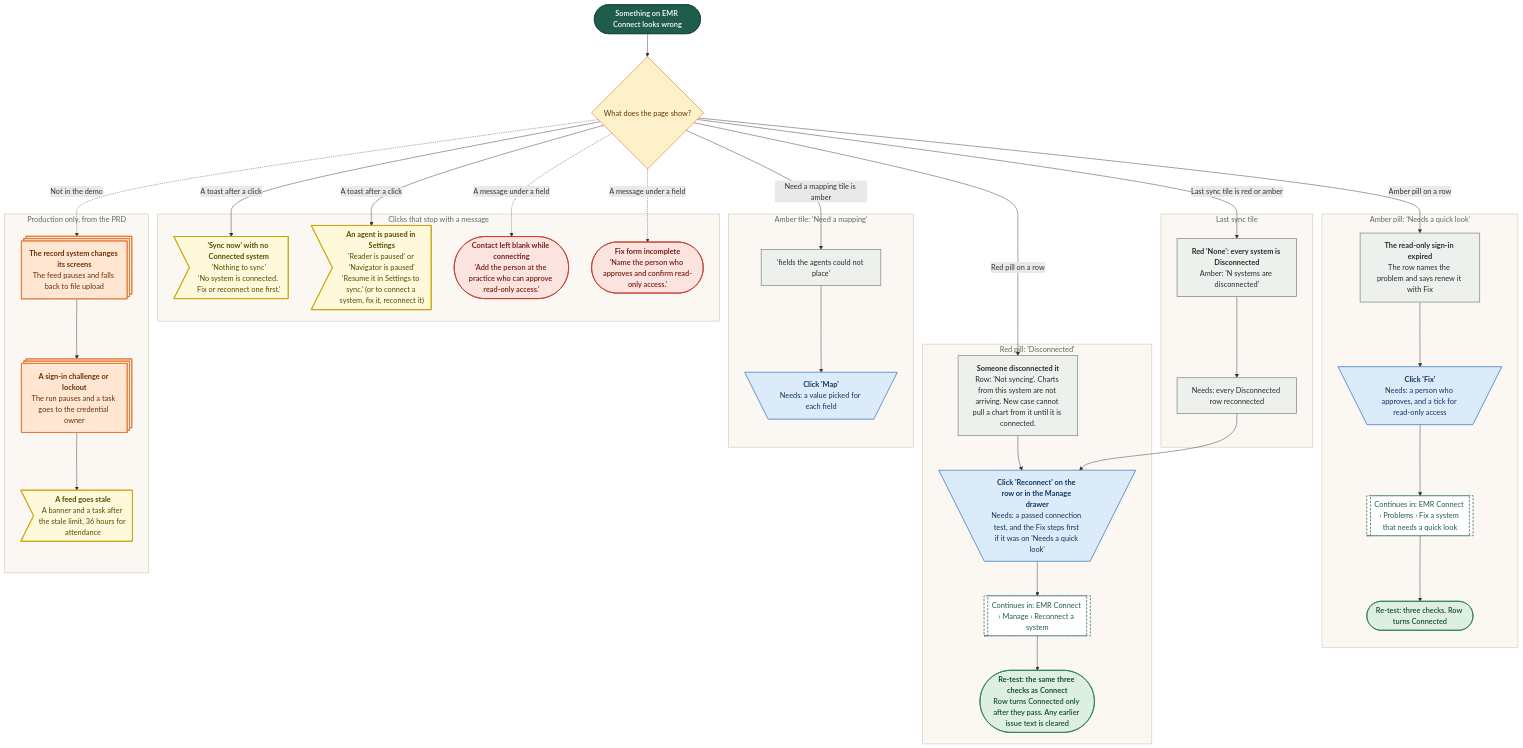
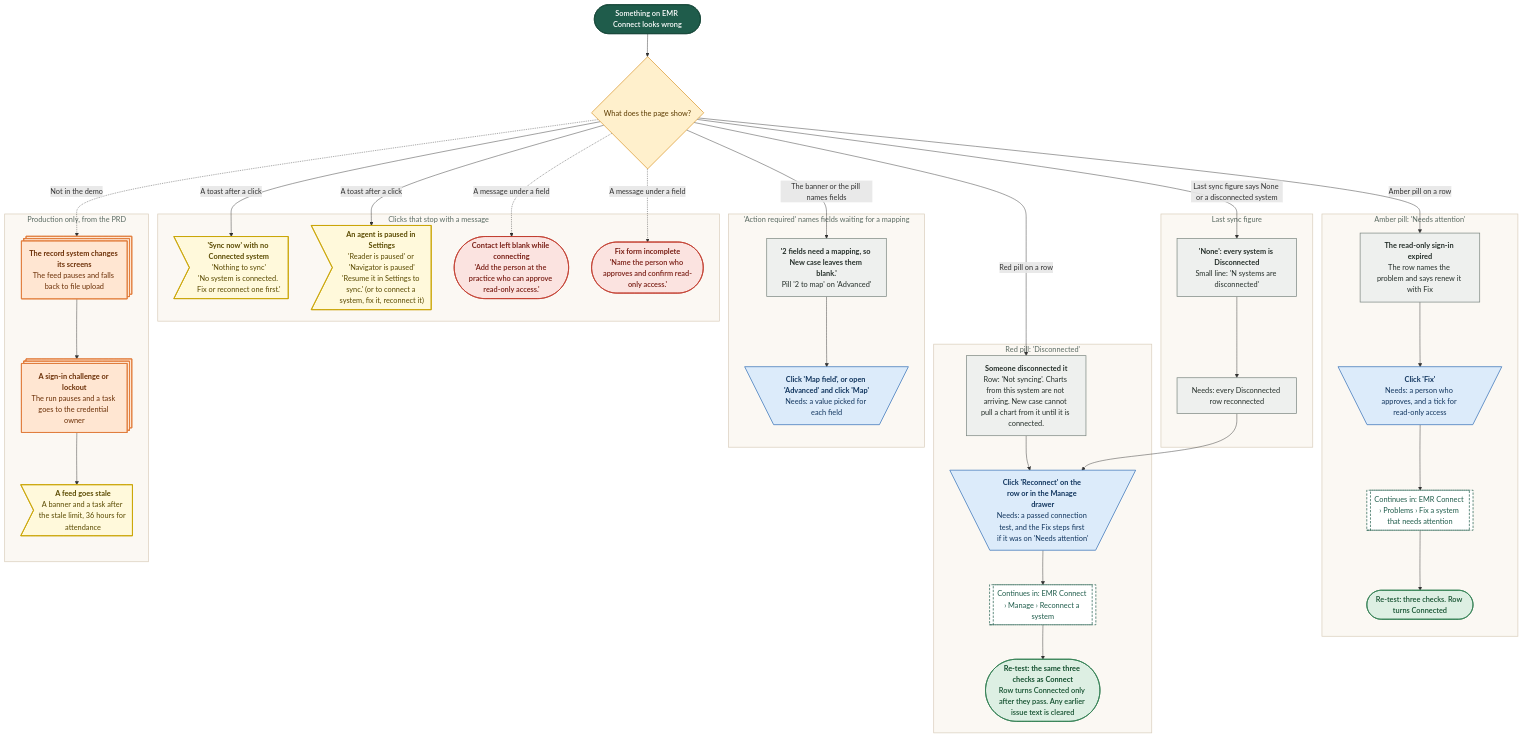
Before and after one commit to Shrav143/psyfloapp: diagram 16 of 20 in demos/prior-auth-demo/workflows/out/md/09-emr-connect.md, drawn with Mermaid. The commit also changed other lines of this file and 192 other files, not shown here.

First line of the commit message:
docs: changelog by sidebar tab; README, diagrams and Settings layout aligned with the refinement; shared InfoTip; referral cost-share line

````diff
--- a/demos/prior-auth-demo/workflows/out/md/09-emr-connect.md
+++ b/demos/prior-auth-demo/workflows/out/md/09-emr-connect.md
@@ -1105,81 +1252,81 @@
 ```mermaid
 %%{init: {"theme":"base","themeVariables":{"fontFamily":"'DM Sans', 'Segoe UI', system-ui, sans-serif","fontSize":"15px","lineColor":"#5B6B63","primaryTextColor":"#1C2B25","clusterBkg":"#FBF8F3","clusterBorder":"#D9CDBB","edgeLabelBackground":"#FFFFFF"},"flowchart":{"curve":"basis","nodeSpacing":36,"rankSpacing":48,"padding":12,"htmlLabels":true,"useMaxWidth":false,"wrappingWidth":230}} }%%
 flowchart TD
   classDef k_start fill:#1F5C4B,stroke:#174638,color:#FFFFFF,stroke-width:1.5px,font-weight:600
   classDef k_end fill:#DDEFE3,stroke:#2E7D4F,color:#14502F,stroke-width:1.5px,font-weight:600
   classDef k_endx fill:#FBE3E0,stroke:#C0392B,color:#7A1F16,stroke-width:1.5px,font-weight:600
   classDef k_screen fill:#FFFDF8,stroke:#1F5C4B,color:#1C2B25,stroke-width:2px
   classDef k_overlay fill:#F1F7F3,stroke:#1F5C4B,color:#1C2B25,stroke-width:2px,stroke-dasharray:5 3
   classDef k_click fill:#DCEBFA,stroke:#2F6DB5,color:#12365F,stroke-width:1.5px
   classDef k_input fill:#E4E7FF,stroke:#4C5FD5,color:#1D2670,stroke-width:1.5px
   classDef k_process fill:#EEF0EE,stroke:#7A857F,color:#26302B,stroke-width:1.5px
   classDef k_agent fill:#EEE5FA,stroke:#7A4FC2,color:#341A63,stroke-width:1.5px
   classDef k_decision fill:#FFF0CC,stroke:#D9962B,color:#5C3B00,stroke-width:1.5px
   classDef k_store fill:#D5F0EA,stroke:#1C8E7B,color:#0B4A3F,stroke-width:1.5px
   classDef k_doc fill:#F6E9DC,stroke:#B07A4C,color:#4A2E14,stroke-width:1.5px
   classDef k_ext fill:#FFE6D2,stroke:#E07B39,color:#6B2F06,stroke-width:1.5px
   classDef k_wait fill:#E4E8EE,stroke:#6B7C93,color:#26303D,stroke-width:1.5px
   classDef k_toast fill:#FFF9DB,stroke:#C9A400,color:#5A4A00,stroke-width:1.5px
   classDef k_goto fill:#FFFFFF,stroke:#1F5C4B,color:#1F5C4B,stroke-width:1.5px,stroke-dasharray:5 3
   s1@{ shape: stadium, label: "Something on EMR Connect looks wrong" }
   q1@{ shape: diam, label: "What does the page show?" }
-  subgraph gA ["Amber pill: 'Needs a quick look'"]
+  subgraph gA ["Amber pill: 'Needs attention'"]
   a1@{ shape: rect, label: "<b>The read-only sign-in expired</b><br/>The row names the problem and says renew it with Fix" }
   a2@{ shape: trap-t, label: "<b>Click 'Fix'</b><br/>Needs: a person who approves, and a tick for read-only access" }
-  a3@{ shape: subproc, label: "Continues in: EMR Connect › Problems › Fix a system that needs a quick look" }
+  a3@{ shape: subproc, label: "Continues in: EMR Connect › Problems › Fix a system that needs attention" }
   a4@{ shape: stadium, label: "Re-test: three checks. Row turns Connected" }
   end
   subgraph gR ["Red pill: 'Disconnected'"]
   r1@{ shape: rect, label: "<b>Someone disconnected it</b><br/>Row: 'Not syncing'. Charts from this system are not arriving. New case cannot pull a chart from it until it is connected." }
-  r2@{ shape: trap-t, label: "<b>Click 'Reconnect' on the row or in the Manage drawer</b><br/>Needs: a passed connection test, and the Fix steps first if it was on 'Needs a quick look'" }
+  r2@{ shape: trap-t, label: "<b>Click 'Reconnect' on the row or in the Manage drawer</b><br/>Needs: a passed connection test, and the Fix steps first if it was on 'Needs attention'" }
   r4@{ shape: subproc, label: "Continues in: EMR Connect › Manage › Reconnect a system" }
   r3@{ shape: stadium, label: "<b>Re-test: the same three checks as Connect</b><br/>Row turns Connected only after they pass. Any earlier issue text is cleared" }
   end
-  subgraph gT ["Last sync tile"]
-  t1@{ shape: rect, label: "<b>Red 'None': every system is Disconnected</b><br/>Amber: 'N systems are disconnected'" }
+  subgraph gT ["Last sync figure"]
+  t1@{ shape: rect, label: "<b>'None': every system is Disconnected</b><br/>Small line: 'N systems are disconnected'" }
   t2@{ shape: rect, label: "Needs: every Disconnected row reconnected" }
   end
-  subgraph gM ["Amber tile: 'Need a mapping'"]
-  m1@{ shape: rect, label: "'fields the agents could not place'" }
-  m2@{ shape: trap-t, label: "<b>Click 'Map'</b><br/>Needs: a value picked for each field" }
+  subgraph gM ["'Action required' names fields waiting for a mapping"]
+  m1@{ shape: rect, label: "<b>'2 fields need a mapping, so New case leaves them blank.'</b><br/>Pill '2 to map' on 'Advanced'" }
+  m2@{ shape: trap-t, label: "<b>Click 'Map field', or open 'Advanced' and click 'Map'</b><br/>Needs: a value picked for each field" }
   end
   subgraph gQ ["Clicks that stop with a message"]
   d1@{ shape: odd, label: "<b>'Sync now' with no Connected system</b><br/>'Nothing to sync'<br/>'No system is connected. Fix or reconnect one first.'" }
   d5@{ shape: odd, label: "<b>An agent is paused in Settings</b><br/>'Reader is paused' or 'Navigator is paused'<br/>'Resume it in Settings to sync.' (or to connect a system, fix it, reconnect it)" }
   d3@{ shape: stadium, label: "<b>Contact left blank while connecting</b><br/>'Add the person at the practice who can approve read-only access.'" }
   d4@{ shape: stadium, label: "<b>Fix form incomplete</b><br/>'Name the person who approves and confirm read-only access.'" }
   end
   subgraph gP ["Production only, from the PRD"]
   p1@{ shape: st-rect, label: "<b>The record system changes its screens</b><br/>The feed pauses and falls back to file upload" }
   p2@{ shape: st-rect, label: "<b>A sign-in challenge or lockout</b><br/>The run pauses and a task goes to the credential owner" }
   p3@{ shape: odd, label: "<b>A feed goes stale</b><br/>A banner and a task after the stale limit, 36 hours for attendance" }
   end
   s1 --> q1
   q1 -->|"Amber pill on a row"| a1 --> a2 --> a3
   a3 --> a4
   q1 -->|"Red pill on a row"| r1 --> r2 --> r4 --> r3
-  q1 -->|"Last sync tile is red or amber"| t1 --> t2
+  q1 -->|"Last sync figure says None or a disconnected system"| t1 --> t2
   t2 --> r2
-  q1 -->|"Need a mapping tile is amber"| m1 --> m2
+  q1 -->|"The banner or the pill names fields"| m1 --> m2
   q1 -->|"A toast after a click"| d1
   q1 -->|"A toast after a click"| d5
   q1 -.->|"A message under a field"| d3
   q1 -.->|"A message under a field"| d4
   q1 -.->|"Not in the demo"| p1
   p1 --> p2 --> p3
   class s1 k_start
   class q1 k_decision
   class a1,r1,t1,t2,m1 k_process
   class a2,r2,m2 k_click
   class a3,r4 k_goto
   class a4,r3 k_end
   class d1,d5,p3 k_toast
   class d3,d4 k_endx
   class p1,p2 k_ext
   style gA fill:#FBF8F3,stroke:#D9CDBB,stroke-width:1.5px,color:#5B6B63
   style gR fill:#FBF8F3,stroke:#D9CDBB,stroke-width:1.5px,color:#5B6B63
   style gT fill:#FBF8F3,stroke:#D9CDBB,stroke-width:1.5px,color:#5B6B63
   style gM fill:#FBF8F3,stroke:#D9CDBB,stroke-width:1.5px,color:#5B6B63
   style gQ fill:#FBF8F3,stroke:#D9CDBB,stroke-width:1.5px,color:#5B6B63
   style gP fill:#FBF8F3,stroke:#D9CDBB,stroke-width:1.5px,color:#5B6B63
 ```
````
